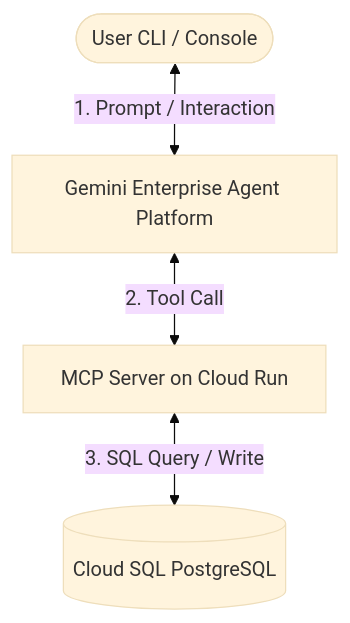
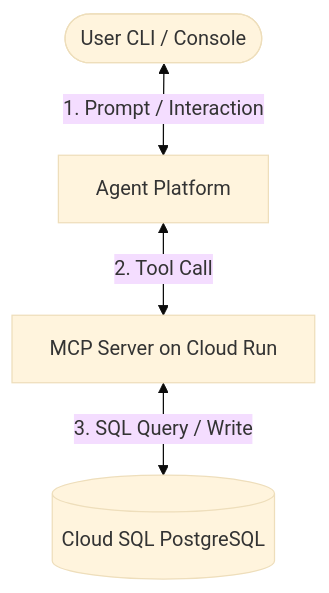
The diagram in README.md (goriri/geap-workshop), drawn with Mermaid (base theme) before and after one commit. The commit also changed other lines of this file, not shown here.

Commit message:
docs: Update product names to Agent Platform, Agent Engine, and Agent Development Kit (ADK) throughout README.md

````diff
--- a/README.md
+++ b/README.md
@@ -16,6 +16,6 @@
 ```mermaid
 graph TD
-    User([User CLI / Console]) <--> |1. Prompt / Interaction| GEAP[Gemini Enterprise Agent Platform]
+    User([User CLI / Console]) <--> |1. Prompt / Interaction| GEAP[Agent Platform]
     GEAP <--> |2. Tool Call| MCPServer[MCP Server on Cloud Run]
     MCPServer <--> |3. SQL Query / Write| CloudSQL[(Cloud SQL PostgreSQL)]
 ```
````
